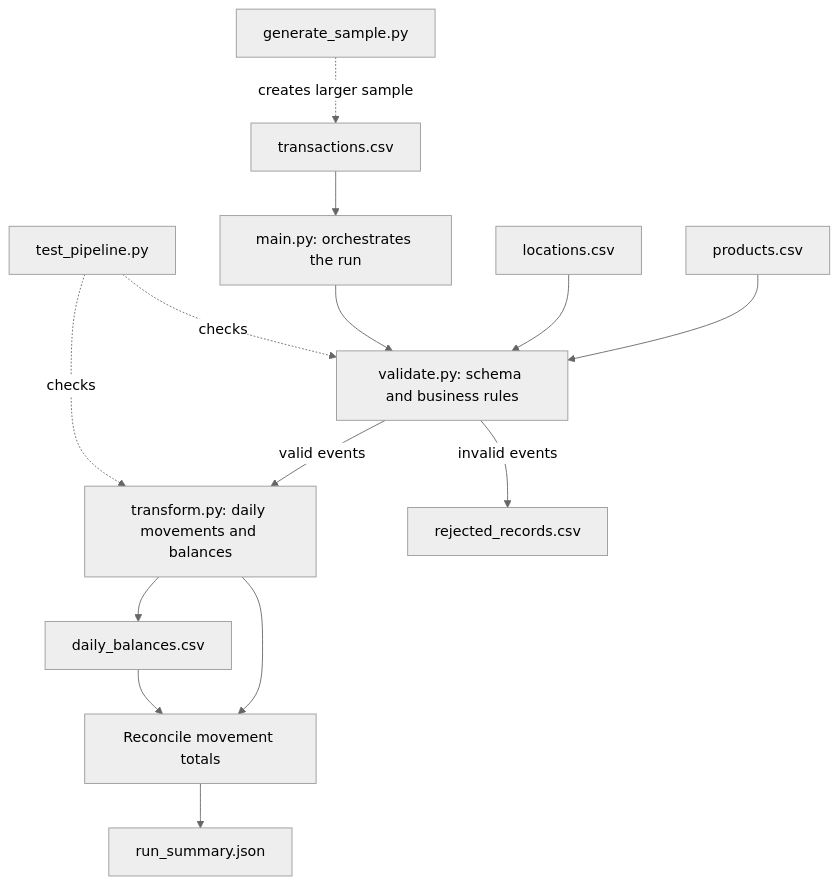
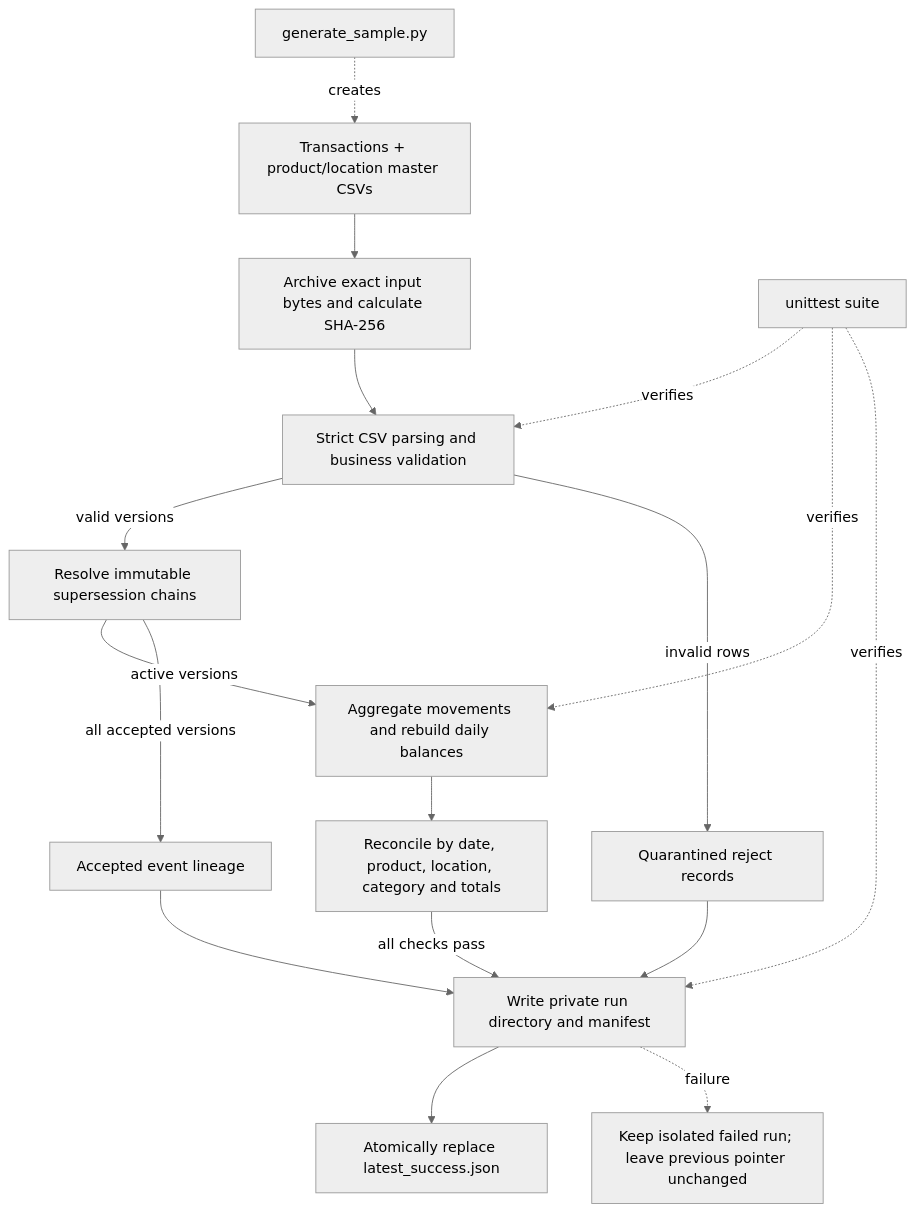
The diagram in README.md (Yash301201/inventory-balance-pipeline), drawn with Mermaid (neutral theme) before and after one commit. The commit also changed other lines of this file and 4 other files, not shown here.

````diff
--- a/README.md
+++ b/README.md
@@ -30,16 +42,19 @@
 ```mermaid
 flowchart TD
-    G["generate_sample.py"] -. creates larger sample .-> T["transactions.csv"]
-    T --> M["main.py: orchestrates the run"]
-    P["products.csv"] --> V["validate.py: schema and business rules"]
-    L["locations.csv"] --> V
-    M --> V
-    V -->|valid events| X["transform.py: daily movements and balances"]
-    V -->|invalid events| R["rejected_records.csv"]
-    X --> B["daily_balances.csv"]
-    X --> C["Reconcile movement totals"]
-    B --> C
-    C --> S["run_summary.json"]
-    U["test_pipeline.py"] -. checks .-> V
-    U -. checks .-> X
+    I["Transactions + product/location master CSVs"] --> S["Archive exact input bytes and calculate SHA-256"]
+    S --> V["Strict CSV parsing and business validation"]
+    V -->|valid versions| C["Resolve immutable supersession chains"]
+    V -->|invalid rows| R["Quarantined reject records"]
+    C -->|active versions| T["Aggregate movements and rebuild daily balances"]
+    C -->|all accepted versions| A["Accepted event lineage"]
+    T --> Q["Reconcile by date, product, location, category and totals"]
+    Q -->|all checks pass| O["Write private run directory and manifest"]
+    R --> O
+    A --> O
+    O --> P["Atomically replace latest_success.json"]
+    O -. failure .-> F["Keep isolated failed run; leave previous pointer unchanged"]
+    G["generate_sample.py"] -. creates .-> I
+    U["unittest suite"] -. verifies .-> V
+    U -. verifies .-> T
+    U -. verifies .-> O
 ```
````
